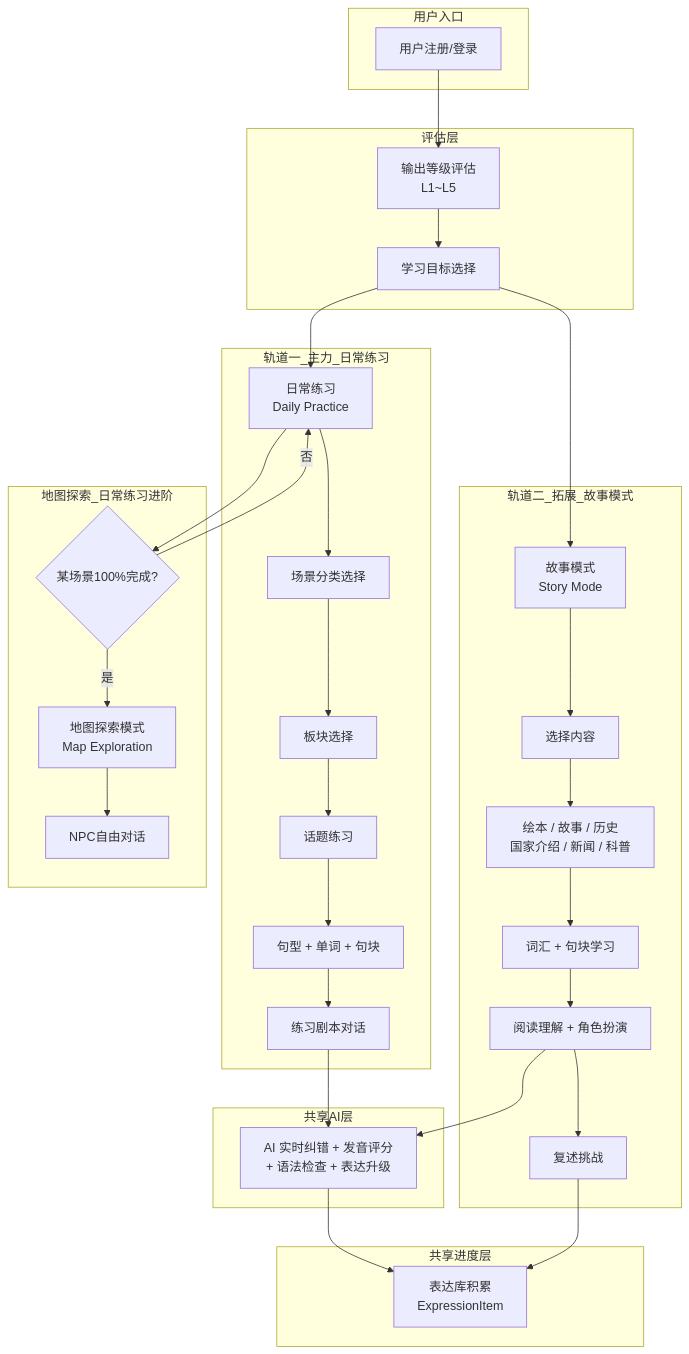
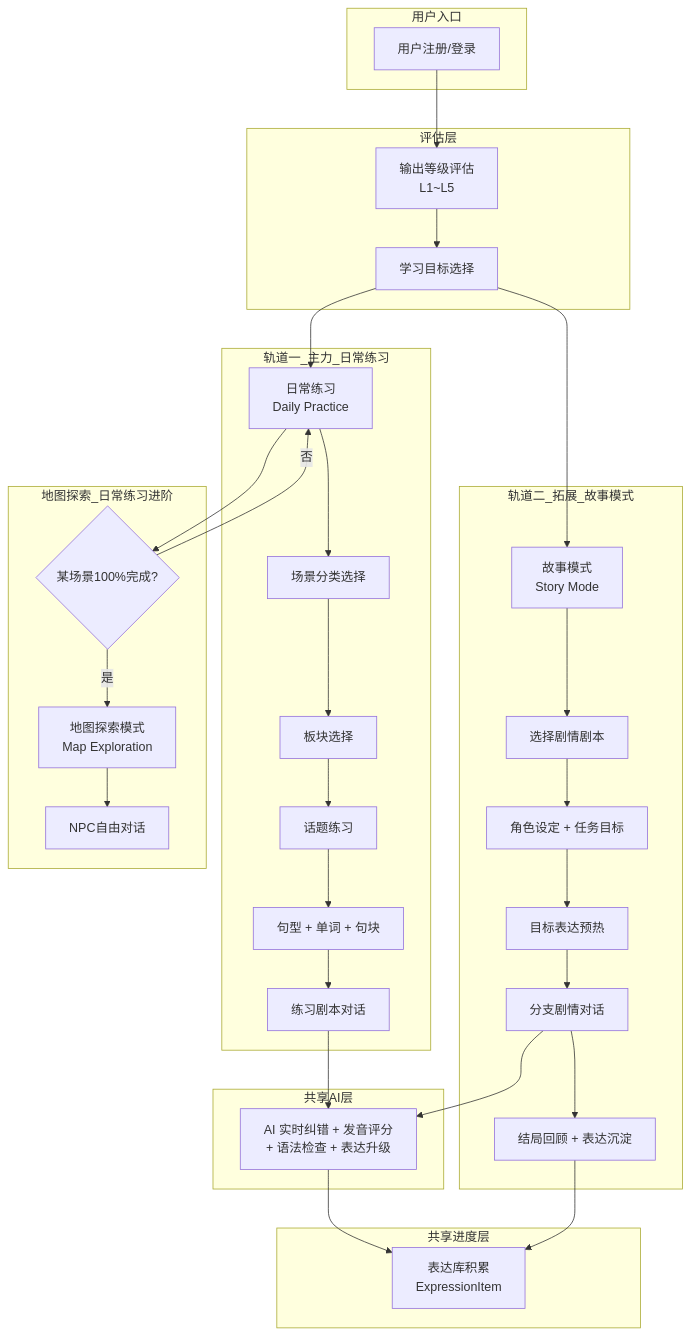
Before and after one commit to kirohuji/speakGuild: the first of 10 diagrams in docs/story/content-architecture-design.md, drawn with Mermaid. The commit also changed other lines of this file, not shown here.

````diff
--- a/docs/story/content-architecture-design.md
+++ b/docs/story/content-architecture-design.md
@@ -26,54 +26,54 @@
 ```mermaid
 flowchart TB
     subgraph 用户入口
         A[用户注册/登录]
     end
 
     subgraph 评估层
         B[输出等级评估<br/>L1~L5]
         C[学习目标选择]
     end
 
     subgraph 轨道一_主力_日常练习
         D[日常练习<br/>Daily Practice]
         D1[场景分类选择]
         D2[板块选择]
         D3[话题练习]
         D4[句型 + 单词 + 句块]
         D5[练习剧本对话]
     end
 
     subgraph 轨道二_拓展_故事模式
         S[故事模式<br/>Story Mode]
-        S1[选择内容]
-        S2[绘本 / 故事 / 历史<br/>国家介绍 / 新闻 / 科普]
-        S3[词汇 + 句块学习]
-        S4[阅读理解 + 角色扮演]
-        S5[复述挑战]
+        S1[选择剧情剧本]
+        S2[角色设定 + 任务目标]
+        S3[目标表达预热]
+        S4[分支剧情对话]
+        S5[结局回顾 + 表达沉淀]
     end
 
     subgraph 共享AI层
         E[AI 实时纠错 + 发音评分<br/>+ 语法检查 + 表达升级]
     end
 
     subgraph 共享进度层
         L[表达库积累<br/>ExpressionItem]
     end
 
     subgraph 地图探索_日常练习进阶
         M{某场景100%完成?}
         N[地图探索模式<br/>Map Exploration]
         P[NPC自由对话]
     end
 
     A --> B --> C
     C --> D & S
     D --> D1 --> D2 --> D3 --> D4 --> D5
     D5 --> E --> L
     S --> S1 --> S2 --> S3 --> S4 --> S5
     S4 --> E
     S5 --> L
     D --> M
     M -->|是| N --> P
     M -->|否| D
 ```
````
